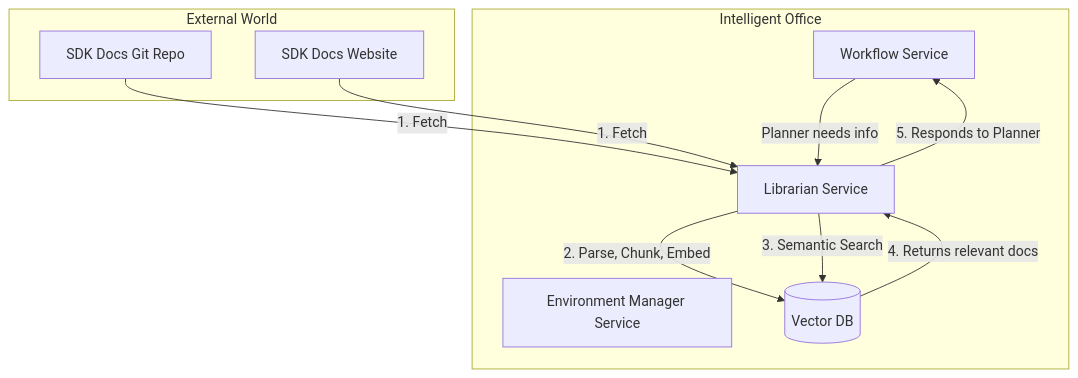
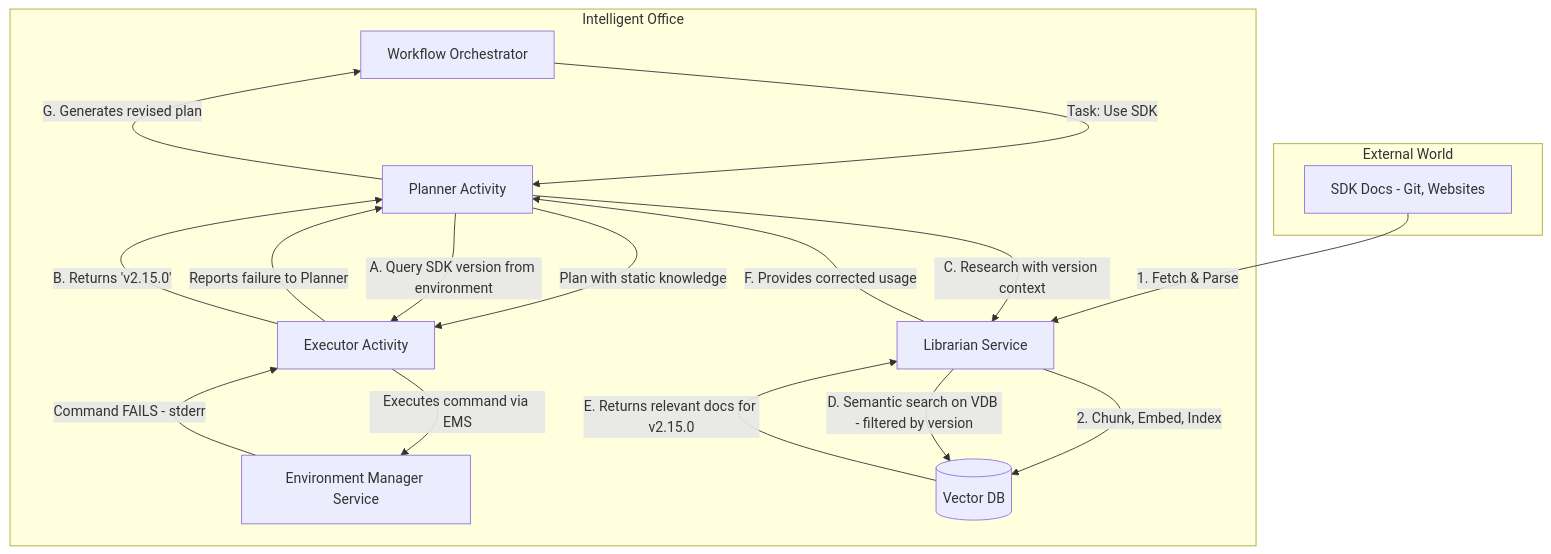
The first of 2 diagrams in docs/design/IO_Research.md (yuu-ri/AIDAMI), drawn with Mermaid before and after one commit. The commit also changed other lines of this file, not shown here.

Commit message:
AIDAMI design research tool

````diff
--- a/docs/design/IO_Research.md
+++ b/docs/design/IO_Research.md
@@ -13,26 +13,30 @@
 ```mermaid
 graph TD
-    %% Subgraph Grouping
     subgraph Intelligent_Office[Intelligent Office]
-        WS[Workflow Service]
+        Orchestrator[Workflow Orchestrator]
+        Planner[Planner Activity]
+        Executor[Executor Activity]
         EMS[Environment Manager Service]
         LS[Librarian Service]
         VDB[(Vector DB)]
     end
-    
     subgraph External_World[External World]
-        SDK_Docs_Git[SDK Docs Git Repo]
-        SDK_Docs_Web[SDK Docs Website]
+        SDK_Docs[SDK Docs - Git, Websites]
     end
-    
-    %% Data Ingestion Flow
-    SDK_Docs_Git -->|1. Fetch| LS
-    SDK_Docs_Web -->|1. Fetch| LS
-    LS -->|2. Parse, Chunk, Embed| VDB
-    
-    %% Runtime Query Flow
-    WS -->|Planner needs info| LS
-    LS -->|3. Semantic Search| VDB
-    VDB -->|4. Returns relevant docs| LS
-    LS -->|5. Responds to Planner| WS
+    %% Ingestion Flow
+    SDK_Docs -->|1. Fetch & Parse| LS
+    LS -->|2. Chunk, Embed, Index| VDB
+    %% Runtime Self-Correction Flow
+    Orchestrator -->|Task: Use SDK| Planner
+    Planner -->|Plan with static knowledge| Executor
+    Executor -->|Executes command via EMS| EMS
+    EMS -->|Command FAILS - stderr| Executor
+    Executor -->|Reports failure to Planner| Planner
+    Planner -->|A. Query SDK version from environment| Executor
+    Executor -->|B. Returns 'v2.15.0'| Planner
+    Planner -->|C. Research with version context| LS
+    LS -->|D. Semantic search on VDB - filtered by version| VDB
+    VDB -->|E. Returns relevant docs for v2.15.0| LS
+    LS -->|F. Provides corrected usage| Planner
+    Planner -->|G. Generates revised plan| Orchestrator
 ```
````
